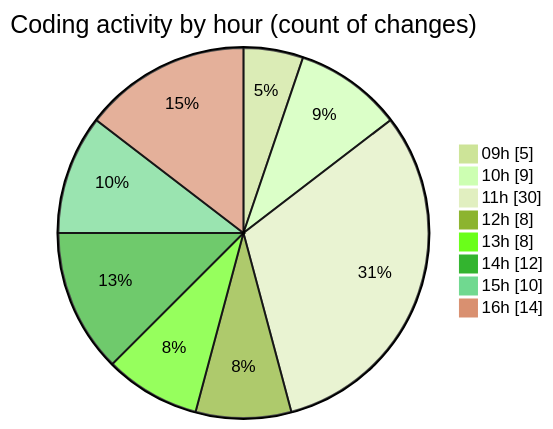
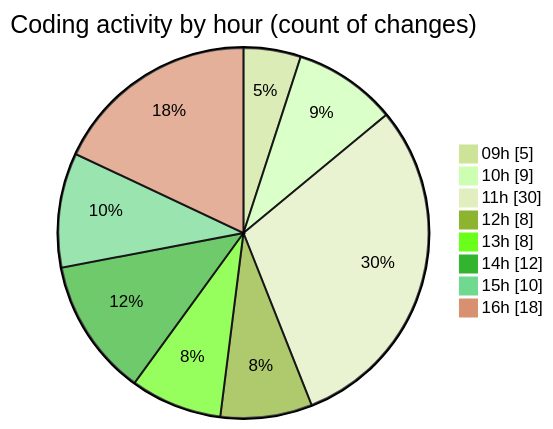
Before and after one commit to momahboobian/code-tracking: the second of 2 diagrams in 2025-02-03/cda/README.md, drawn with Mermaid (forest theme). The commit also changed other lines of this file and 1 other file, not shown here.

````diff
--- a/2025-02-03/cda/README.md
+++ b/2025-02-03/cda/README.md
@@ -33,12 +33,12 @@
 ```mermaid
 pie showData
 title Coding activity by hour (count of changes)
 "09h" : 5
 "10h" : 9
 "11h" : 30
 "12h" : 8
 "13h" : 8
 "14h" : 12
 "15h" : 10
-"16h" : 14
+"16h" : 18
 ```
````
